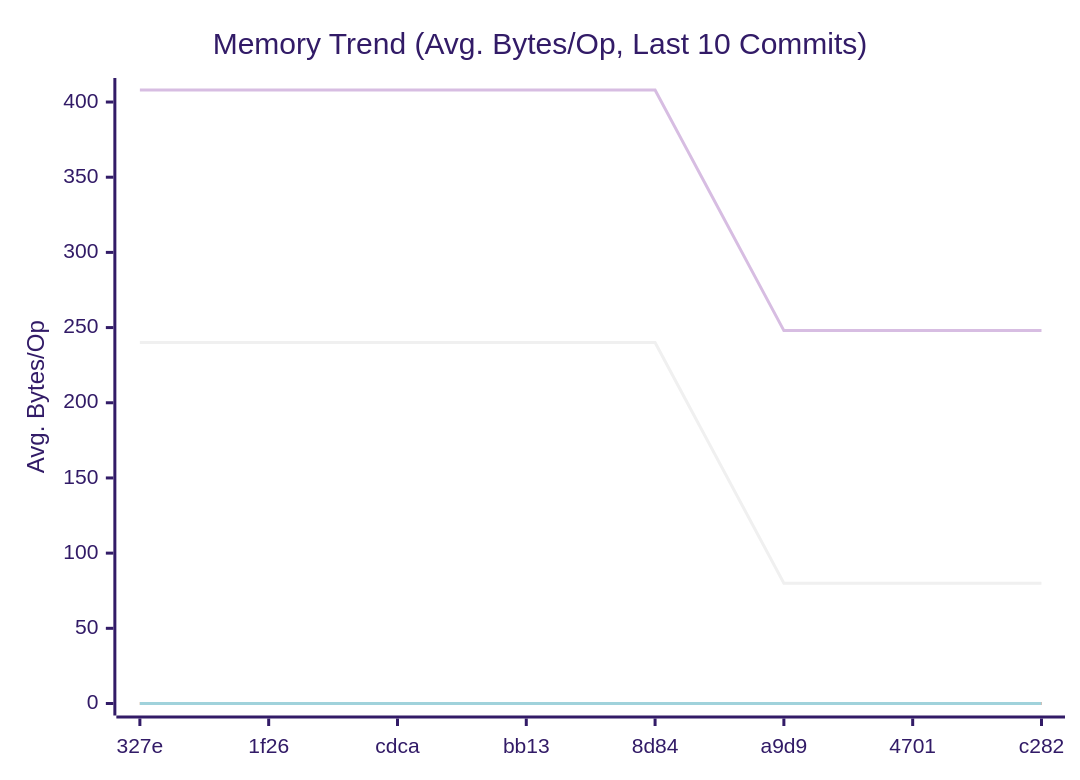
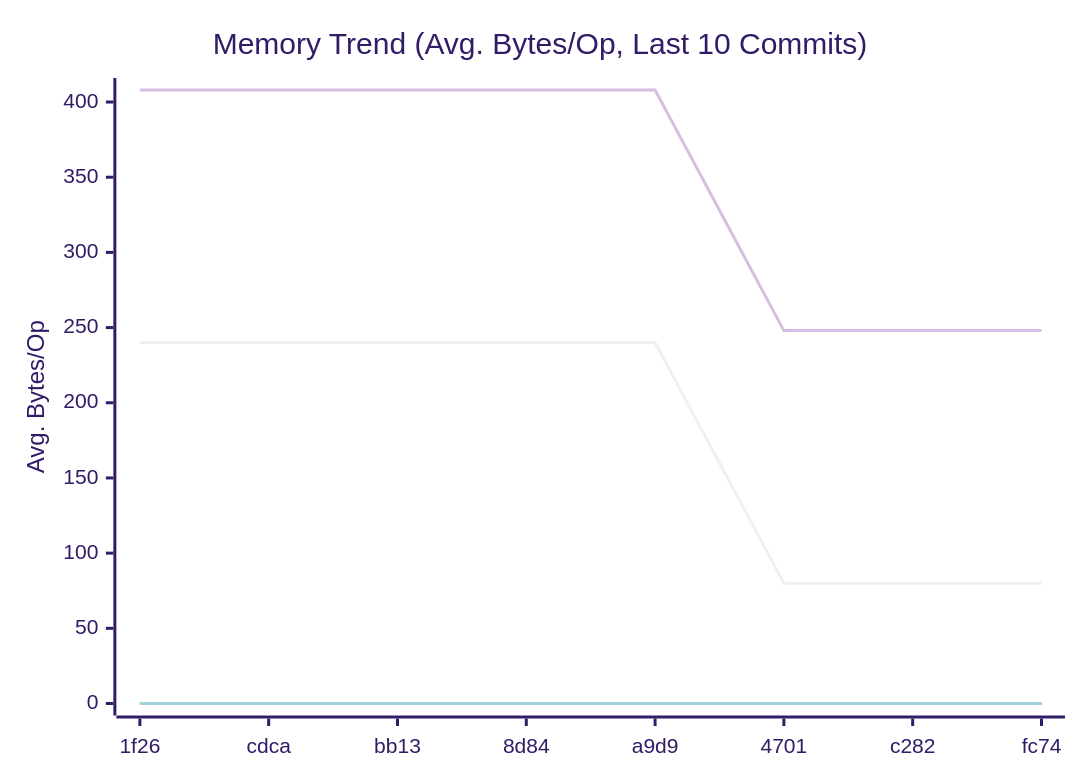
Before and after one commit to alsotoes/momo: the second of 3 diagrams in doc/README.md, drawn with Mermaid (forest theme). The commit also changed other lines of this file and 1 other file, not shown here.

````diff
--- a/doc/README.md
+++ b/doc/README.md
@@ -309,12 +309,12 @@
 ```mermaid
 xychart-beta
     title "Memory Trend (Avg. Bytes/Op, Last 10 Commits)"
     x-axis "Commit"
     y-axis "Avg. Bytes/Op"
-    x-axis [327e,1f26,cdca,bb13,8d84,a9d9,4701,c282]
+    x-axis [1f26,cdca,bb13,8d84,a9d9,4701,c282,fc74]
     line "CheckMetricsAndSwap" [0,0,0,0,0,0,0,0,0,0]
     line "IndexDirectTracking" [0,0,0,0,0,0,0,0,0,0]
     line "IndexSearch" [0,0,0,0,0,0,0,0,0,0]
-    line "ParseReplicationOrder_NoPrealloc" [408,408,408,408,408,248,248,248]
-    line "ParseReplicationOrder_Prealloc" [240,240,240,240,240,80,80,80]
+    line "ParseReplicationOrder_NoPrealloc" [408,408,408,408,408,248,248,248,248]
+    line "ParseReplicationOrder_Prealloc" [240,240,240,240,240,80,80,80,80]
 ```
````
